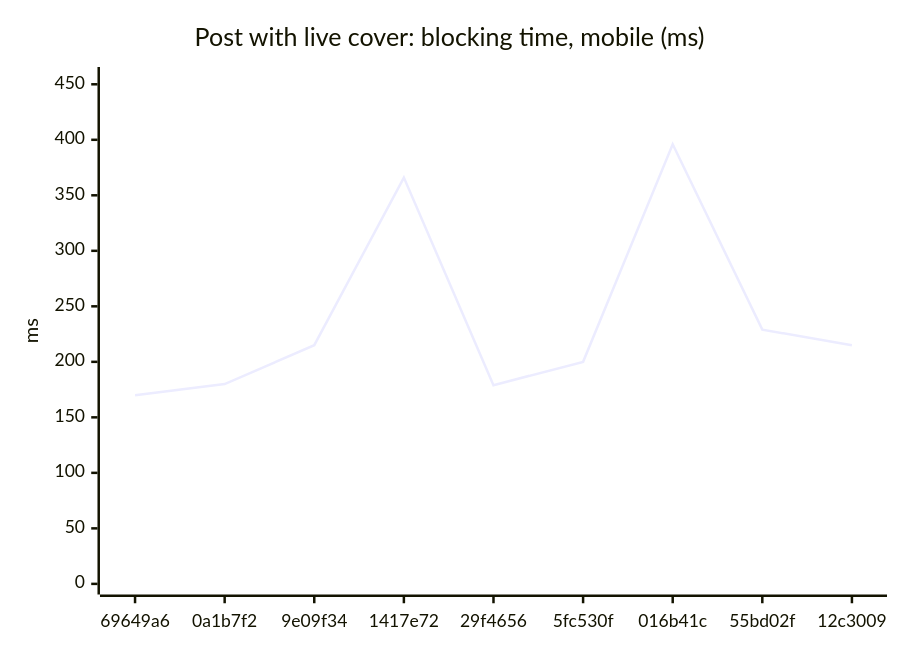
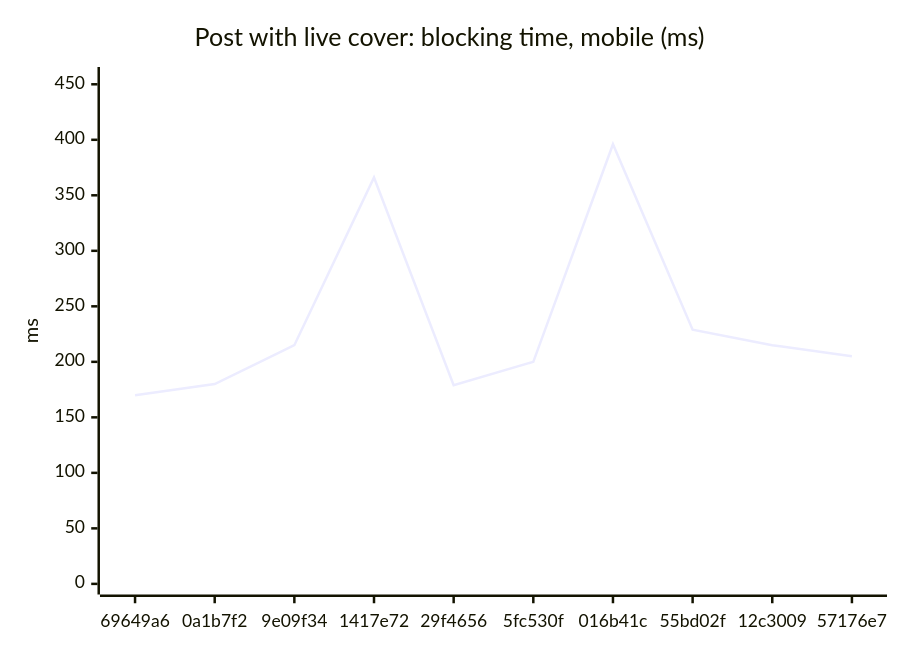
Before and after one commit to AxelUser/maltsev.space: diagram 14 of 18 in README.md, drawn with Mermaid. The commit also changed other lines of this file and 1 other file, not shown here.

````diff
--- a/README.md
+++ b/README.md
@@ -151,7 +151,7 @@
 ```mermaid
 xychart-beta
   title "Post with live cover: blocking time, mobile (ms)"
-  x-axis ["69649a6", "0a1b7f2", "9e09f34", "1417e72", "29f4656", "5fc530f", "016b41c", "55bd02f", "12c3009"]
+  x-axis ["69649a6", "0a1b7f2", "9e09f34", "1417e72", "29f4656", "5fc530f", "016b41c", "55bd02f", "12c3009", "57176e7"]
   y-axis "ms" 0 --> 456
-  line [170, 180, 215, 366, 179, 200, 396, 229, 215]
+  line [170, 180, 215, 366, 179, 200, 396, 229, 215, 205]
 ```
````
